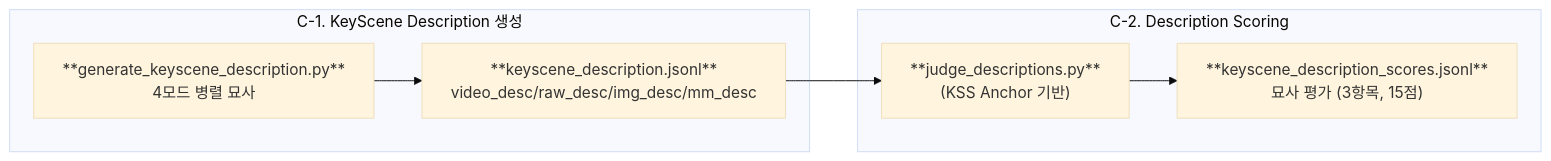
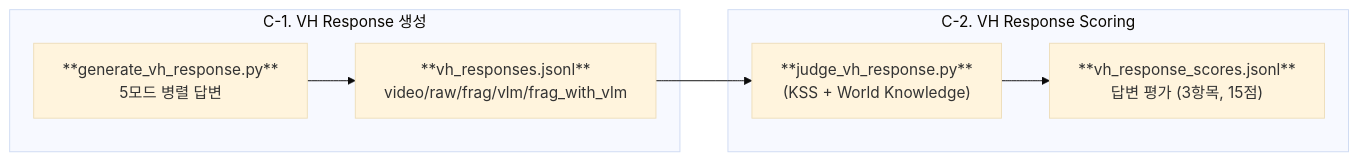
The fourth of 4 diagrams in README.md (obeychoi0120/LLMJudge), drawn with Mermaid (base theme) before and after one commit. The commit also changed other lines of this file, not shown here.

````diff
--- a/README.md
+++ b/README.md
@@ -88,16 +161,16 @@
 ```mermaid
 flowchart LR
-    subgraph STEPC1["C-1. KeyScene Description 생성"]
-        KD_SCRIPT["**generate_keyscene_description.py**<br/>4모드 병렬 묘사"]
-        KD_OUT["**keyscene_description.jsonl**<br/>video_desc/raw_desc/img_desc/mm_desc"]
+    subgraph STEPC1["C-1. VH Response 생성"]
+        R_SCRIPT["**generate_vh_response.py**<br/>5모드 병렬 답변"]
+        R_ANS["**vh_responses.jsonl**<br/>video/raw/frag/vlm/frag_with_vlm"]
     end
 
-    subgraph STEPC2["C-2. Description Scoring"]
-        DJ_SCRIPT["**judge_descriptions.py**<br/>(KSS Anchor 기반)"]
-        DJ_OUT["**keyscene_description_scores.jsonl**<br/>묘사 평가 (3항목, 15점)"]
+    subgraph STEPC2["C-2. VH Response Scoring"]
+        RJ_SCRIPT["**judge_vh_response.py**<br/>(KSS + World Knowledge)"]
+        RJ_OUT["**vh_response_scores.jsonl**<br/>답변 평가 (3항목, 15점)"]
     end
 
-    KD_SCRIPT --> KD_OUT
-    KD_OUT --> DJ_SCRIPT
-    DJ_SCRIPT --> DJ_OUT
+    R_SCRIPT --> R_ANS
+    R_ANS --> RJ_SCRIPT
+    RJ_SCRIPT --> RJ_OUT
 ```
````
